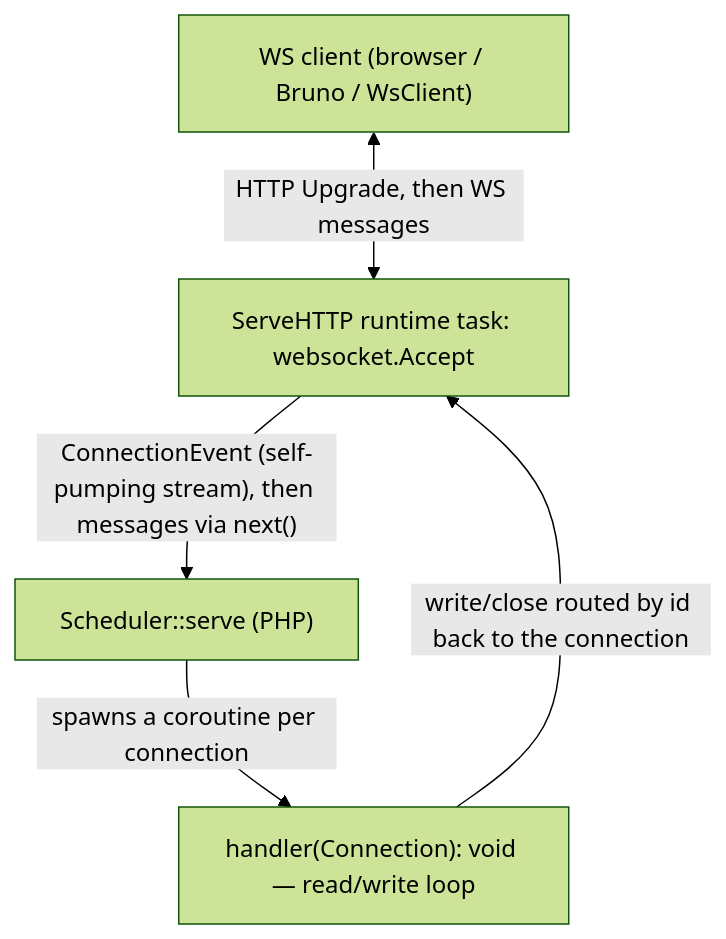
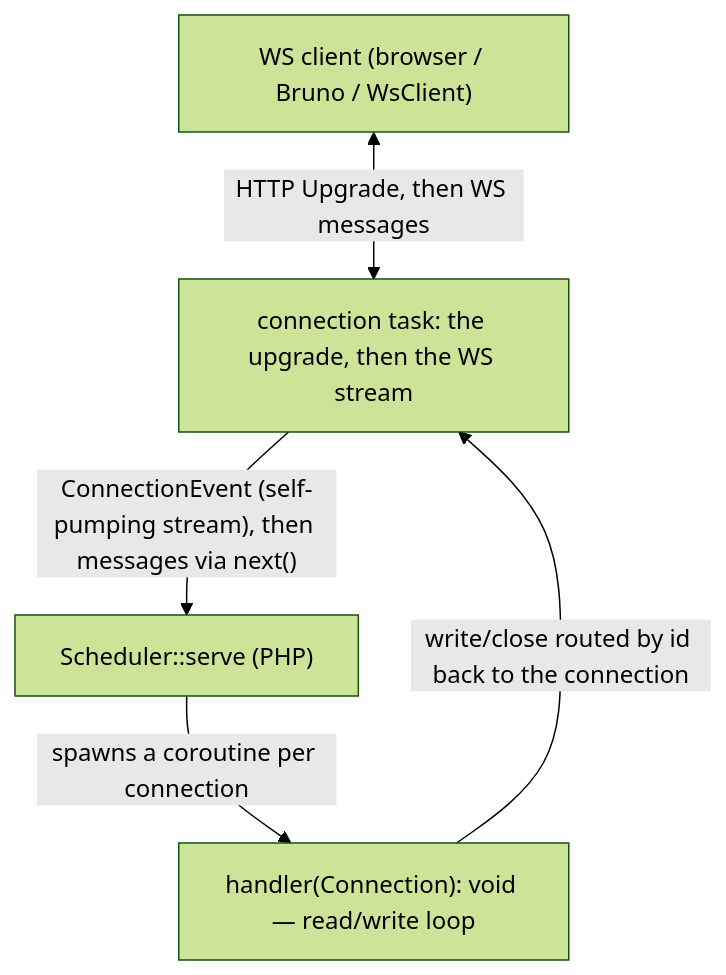
The diagram in docs/websocket-server.md (sprust/sconcur), drawn with Mermaid (forest theme) before and after one commit. The commit also changed other lines of this file and 34 other files, not shown here.

````diff
--- a/docs/websocket-server.md
+++ b/docs/websocket-server.md
@@ -23,12 +24,12 @@
 ```mermaid
 flowchart TB
     client["WS client (browser / Bruno / WsClient)"]
-    serve["ServeHTTP runtime task: websocket.Accept"]
+    serve["connection task: the upgrade, then the WS stream"]
     sched["Scheduler::serve (PHP)"]
     handler["handler(Connection): void — read/write loop"]
 
     client <-->|"HTTP Upgrade, then WS messages"| serve
     serve -->|"ConnectionEvent (self-pumping stream), then messages via next()"| sched
     sched -->|"spawns a coroutine per connection"| handler
     handler -->|"write/close routed by id back to the connection"| serve
 ```
````
